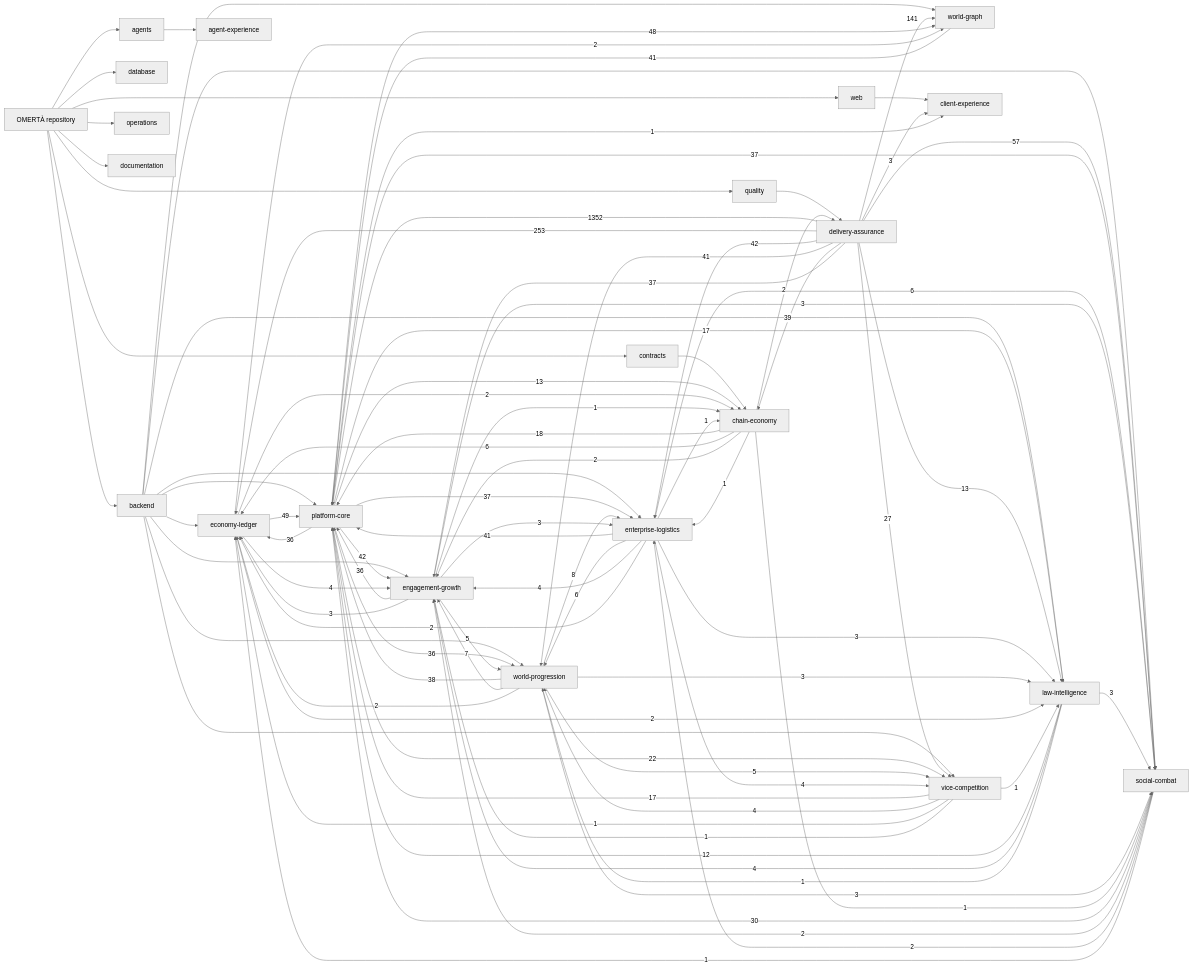
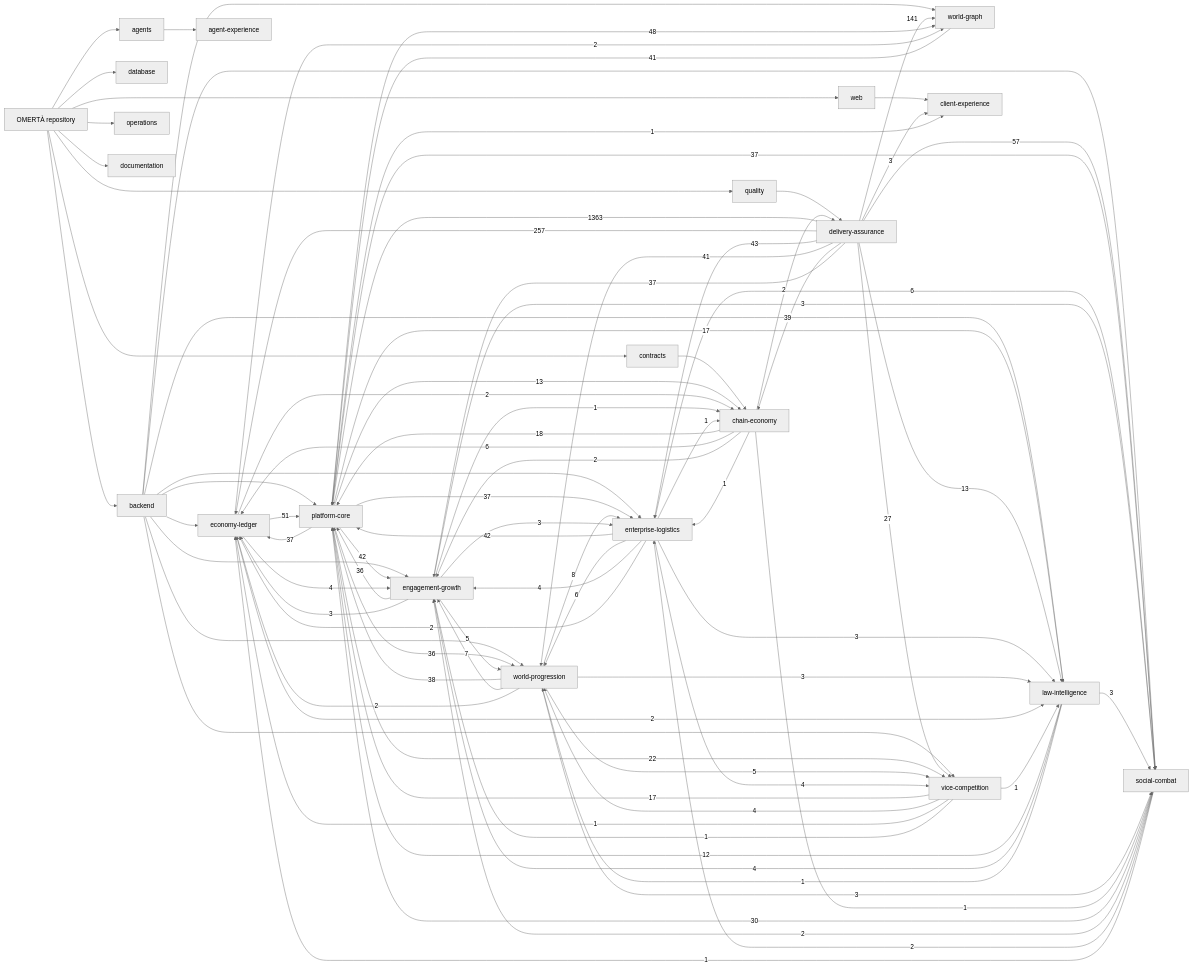
Before and after one commit to OmertaDev/Omerta: the diagram in knowledge/generated/graph.mmd, drawn with Mermaid (neutral theme). The commit also changed 8 other files, not shown here.

```diff
--- a/knowledge/generated/graph.mmd
+++ b/knowledge/generated/graph.mmd
@@ -1,111 +1,111 @@
 flowchart LR
   repo["OMERTÀ repository"]
   sub_backend["backend"]
   repo --> sub_backend
   sub_database["database"]
   repo --> sub_database
   sub_web["web"]
   repo --> sub_web
   sub_contracts["contracts"]
   repo --> sub_contracts
   sub_agents["agents"]
   repo --> sub_agents
   sub_quality["quality"]
   repo --> sub_quality
   sub_operations["operations"]
   repo --> sub_operations
   sub_documentation["documentation"]
   repo --> sub_documentation
   dom_platform-core["platform-core"]
   dom_economy-ledger["economy-ledger"]
   dom_social-combat["social-combat"]
   dom_world-progression["world-progression"]
   dom_world-graph["world-graph"]
   dom_enterprise-logistics["enterprise-logistics"]
   dom_vice-competition["vice-competition"]
   dom_law-intelligence["law-intelligence"]
   dom_chain-economy["chain-economy"]
   dom_engagement-growth["engagement-growth"]
   dom_client-experience["client-experience"]
   dom_agent-experience["agent-experience"]
   dom_delivery-assurance["delivery-assurance"]
   sub_agents --> dom_agent-experience
   sub_backend --> dom_economy-ledger
   sub_backend --> dom_engagement-growth
   sub_backend --> dom_enterprise-logistics
   sub_backend --> dom_law-intelligence
   sub_backend --> dom_platform-core
   sub_backend --> dom_social-combat
   sub_backend --> dom_vice-competition
   sub_backend --> dom_world-graph
   sub_backend --> dom_world-progression
   sub_contracts --> dom_chain-economy
   sub_quality --> dom_delivery-assurance
   sub_web --> dom_client-experience
-  dom_delivery-assurance -->|1352| dom_platform-core
-  dom_delivery-assurance -->|253| dom_economy-ledger
+  dom_delivery-assurance -->|1363| dom_platform-core
+  dom_delivery-assurance -->|257| dom_economy-ledger
   dom_delivery-assurance -->|141| dom_world-graph
   dom_delivery-assurance -->|57| dom_social-combat
-  dom_economy-ledger -->|49| dom_platform-core
+  dom_economy-ledger -->|51| dom_platform-core
   dom_platform-core -->|48| dom_world-graph
-  dom_delivery-assurance -->|42| dom_enterprise-logistics
+  dom_delivery-assurance -->|43| dom_enterprise-logistics
+  dom_enterprise-logistics -->|42| dom_platform-core
   dom_platform-core -->|42| dom_engagement-growth
   dom_delivery-assurance -->|41| dom_world-progression
-  dom_enterprise-logistics -->|41| dom_platform-core
   dom_world-graph -->|41| dom_platform-core
   dom_delivery-assurance -->|39| dom_chain-economy
   dom_world-progression -->|38| dom_platform-core
   dom_delivery-assurance -->|37| dom_engagement-growth
+  dom_platform-core -->|37| dom_economy-ledger
   dom_platform-core -->|37| dom_enterprise-logistics
   dom_platform-core -->|37| dom_social-combat
   dom_engagement-growth -->|36| dom_platform-core
-  dom_platform-core -->|36| dom_economy-ledger
   dom_platform-core -->|36| dom_world-progression
   dom_social-combat -->|30| dom_platform-core
   dom_delivery-assurance -->|27| dom_vice-competition
   dom_platform-core -->|22| dom_vice-competition
   dom_chain-economy -->|18| dom_platform-core
   dom_platform-core -->|17| dom_law-intelligence
   dom_vice-competition -->|17| dom_platform-core
   dom_delivery-assurance -->|13| dom_law-intelligence
   dom_platform-core -->|13| dom_chain-economy
   dom_law-intelligence -->|12| dom_platform-core
   dom_world-progression -->|8| dom_enterprise-logistics
   dom_world-progression -->|7| dom_engagement-growth
   dom_chain-economy -->|6| dom_economy-ledger
   dom_enterprise-logistics -->|6| dom_social-combat
   dom_enterprise-logistics -->|6| dom_world-progression
   dom_engagement-growth -->|5| dom_world-progression
   dom_world-progression -->|5| dom_vice-competition
   dom_economy-ledger -->|4| dom_engagement-growth
   dom_enterprise-logistics -->|4| dom_engagement-growth
   dom_enterprise-logistics -->|4| dom_vice-competition
   dom_law-intelligence -->|4| dom_engagement-growth
   dom_vice-competition -->|4| dom_world-progression
   dom_delivery-assurance -->|3| dom_client-experience
   dom_engagement-growth -->|3| dom_economy-ledger
   dom_engagement-growth -->|3| dom_enterprise-logistics
   dom_engagement-growth -->|3| dom_social-combat
   dom_enterprise-logistics -->|3| dom_law-intelligence
   dom_law-intelligence -->|3| dom_social-combat
   dom_world-progression -->|3| dom_law-intelligence
   dom_world-progression -->|3| dom_social-combat
   dom_chain-economy -->|2| dom_delivery-assurance
   dom_chain-economy -->|2| dom_engagement-growth
   dom_economy-ledger -->|2| dom_chain-economy
   dom_economy-ledger -->|2| dom_law-intelligence
   dom_economy-ledger -->|2| dom_world-graph
   dom_enterprise-logistics -->|2| dom_economy-ledger
   dom_social-combat -->|2| dom_engagement-growth
   dom_social-combat -->|2| dom_enterprise-logistics
   dom_world-progression -->|2| dom_economy-ledger
   dom_chain-economy -->|1| dom_enterprise-logistics
   dom_chain-economy -->|1| dom_social-combat
   dom_engagement-growth -->|1| dom_chain-economy
   dom_enterprise-logistics -->|1| dom_chain-economy
   dom_law-intelligence -->|1| dom_world-progression
   dom_platform-core -->|1| dom_client-experience
   dom_social-combat -->|1| dom_economy-ledger
   dom_vice-competition -->|1| dom_economy-ledger
   dom_vice-competition -->|1| dom_engagement-growth
   dom_vice-competition -->|1| dom_law-intelligence
```
